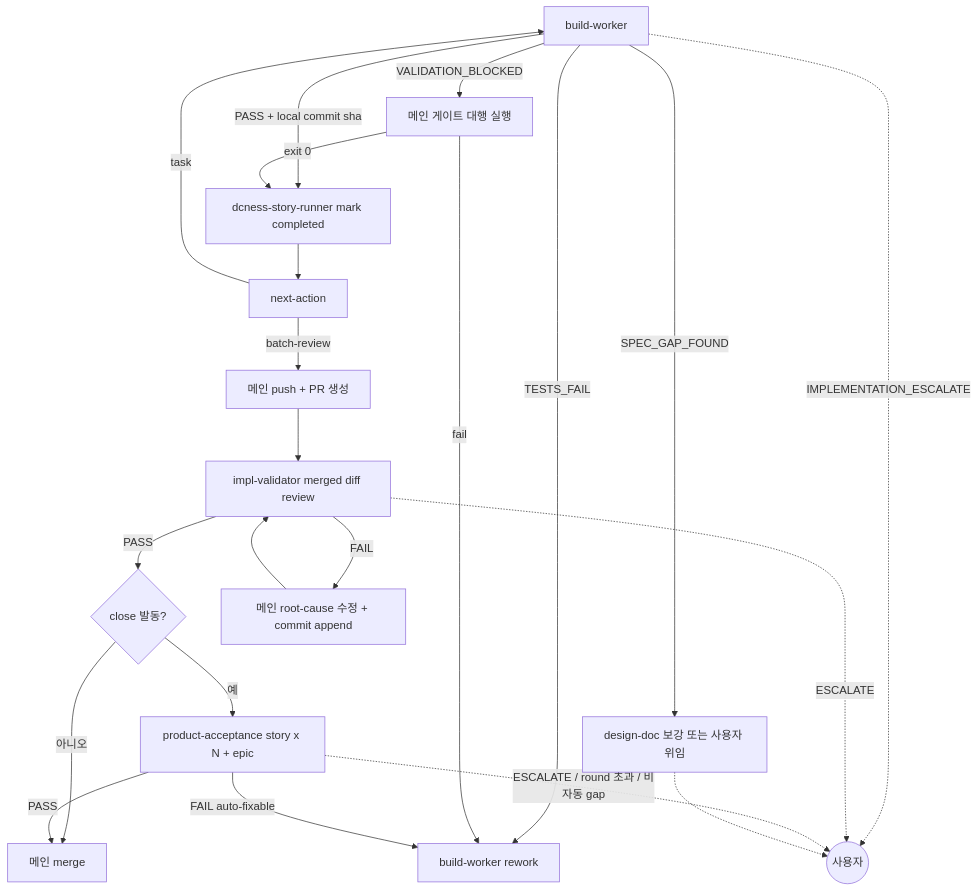
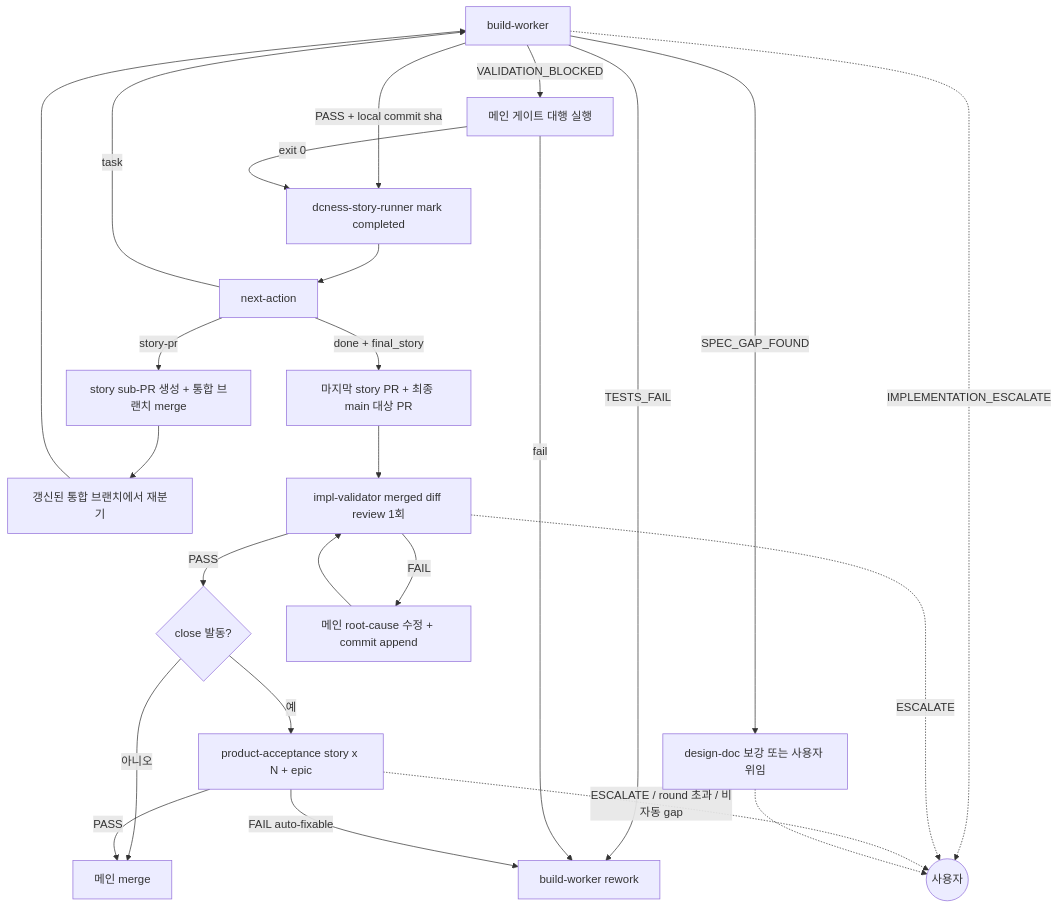
The diagram in skills/impl-loop/impl-loop-routing.md (Daeguk-Sun/dcNess), drawn with Mermaid before and after one commit. The commit also changed other lines of this file and 14 other files, not shown here.

First line of the commit message:
[issue-1041] impl-loop story 경계와 task 상태 복구

````diff
--- a/skills/impl-loop/impl-loop-routing.md
+++ b/skills/impl-loop/impl-loop-routing.md
@@ -14,24 +14,27 @@
 ```mermaid
 flowchart TB
   BW[build-worker] -->|PASS + local commit sha| MARK[dcness-story-runner mark completed]
   BW -->|SPEC_GAP_FOUND| REWORK[design-doc 보강 또는 사용자 위임]
   BW -->|TESTS_FAIL| RETRY[build-worker rework]
   BW -->|VALIDATION_BLOCKED| GATE[메인 게이트 대행 실행]
   GATE -->|exit 0| MARK
   GATE -->|fail| RETRY
   MARK --> NEXT[next-action]
   NEXT -->|task| BW
-  NEXT -->|batch-review| PR[메인 push + PR 생성]
-  PR --> IV[impl-validator merged diff review]
+  NEXT -->|story-pr| SPR[story sub-PR 생성 + 통합 브랜치 merge]
+  SPR --> REBRANCH[갱신된 통합 브랜치에서 재분기]
+  REBRANCH --> BW
+  NEXT -->|done + final_story| FPR[마지막 story PR + 최종 main 대상 PR]
+  FPR --> IV[impl-validator merged diff review 1회]
   IV -->|PASS| ACC{close 발동?}
   IV -->|FAIL| FIX[메인 root-cause 수정 + commit append]
   FIX --> IV
   ACC -->|아니오| MERGE[메인 merge]
   ACC -->|예| PA[product-acceptance story x N + epic]
   PA -->|PASS| MERGE
   PA -->|FAIL auto-fixable| RETRY
   BW -.->|IMPLEMENTATION_ESCALATE| USER((사용자))
   IV -.->|ESCALATE| USER
   PA -.->|ESCALATE / round 초과 / 비자동 gap| USER
   REWORK -.-> USER
 ```
````
